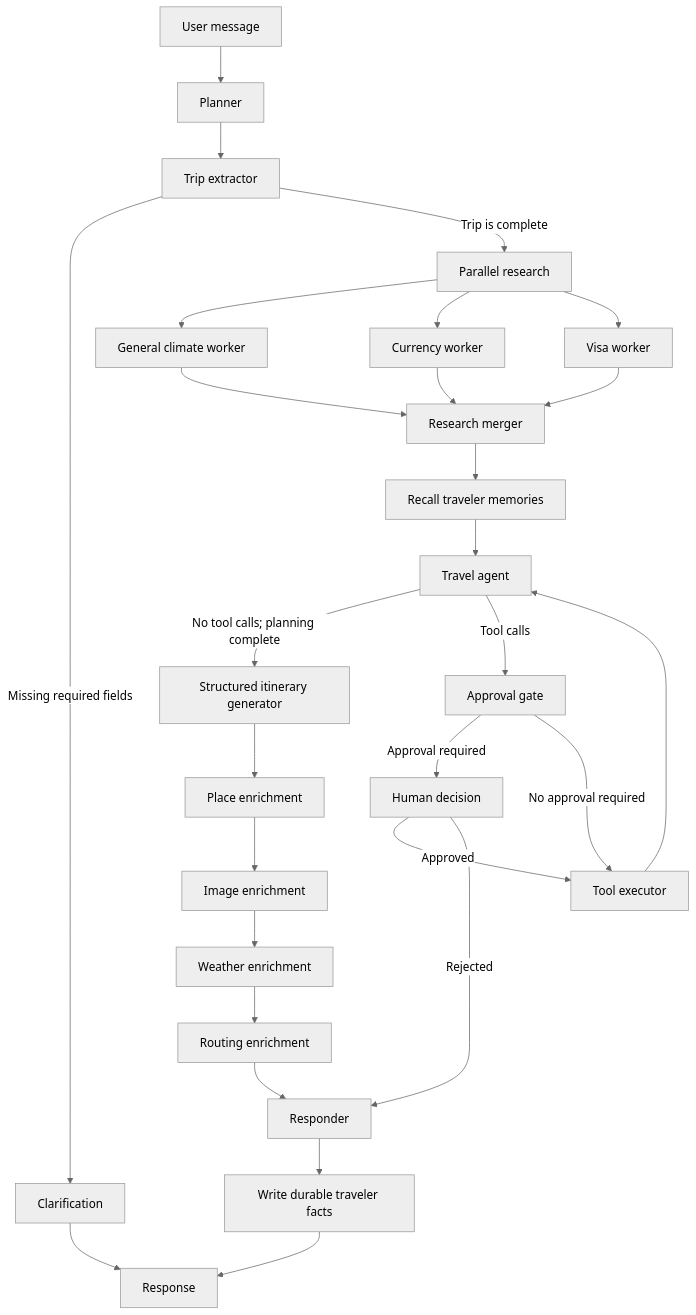
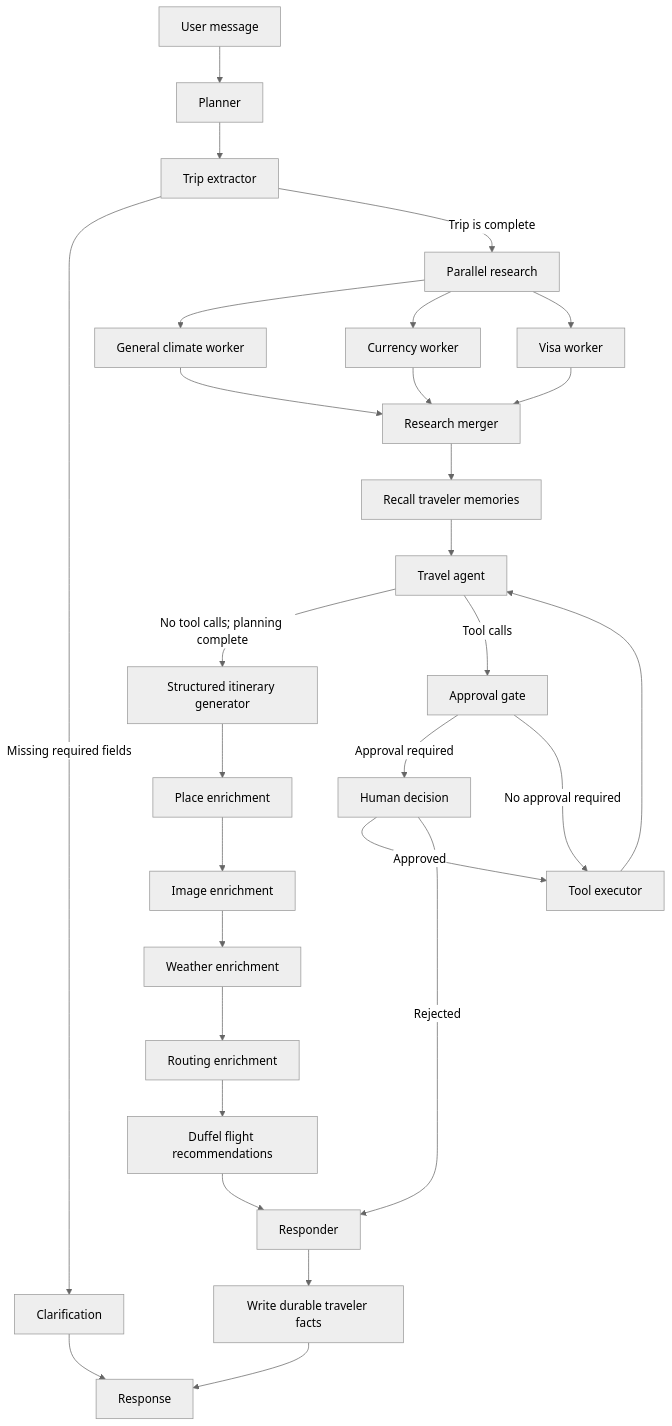
The diagram in README.md (NaimurRahmannn/TravelAI-Agent-v2-LangGraph), drawn with Mermaid (neutral theme) before and after one commit. The commit also changed other lines of this file and 23 other files, not shown here.

Commit message:
feat: add budget-aware Duffel flight recommendations

````diff
--- a/README.md
+++ b/README.md
@@ -60,30 +61,31 @@
 ```mermaid
 flowchart TD
     A[User message] --> B[Planner]
     B --> C[Trip extractor]
     C -->|Missing required fields| D[Clarification]
     C -->|Trip is complete| E[Parallel research]
     E --> E1[General climate worker]
     E --> E2[Currency worker]
     E --> E3[Visa worker]
     E1 --> F[Research merger]
     E2 --> F
     E3 --> F
     F --> N[Recall traveler memories]
     N --> G[Travel agent]
     G -->|No tool calls; planning complete| P[Structured itinerary generator]
     G -->|Tool calls| I[Approval gate]
     I -->|Approval required| J[Human decision]
     I -->|No approval required| K[Tool executor]
     J -->|Approved| K
     J -->|Rejected| L[Responder]
     K --> G
     P --> Q[Place enrichment]
     Q --> R[Image enrichment]
     R --> W[Weather enrichment]
     W --> T[Routing enrichment]
-    T --> L
+    T --> U[Duffel flight recommendations]
+    U --> L
     D --> M[Response]
     L --> O[Write durable traveler facts]
     O --> M
 ```
````
